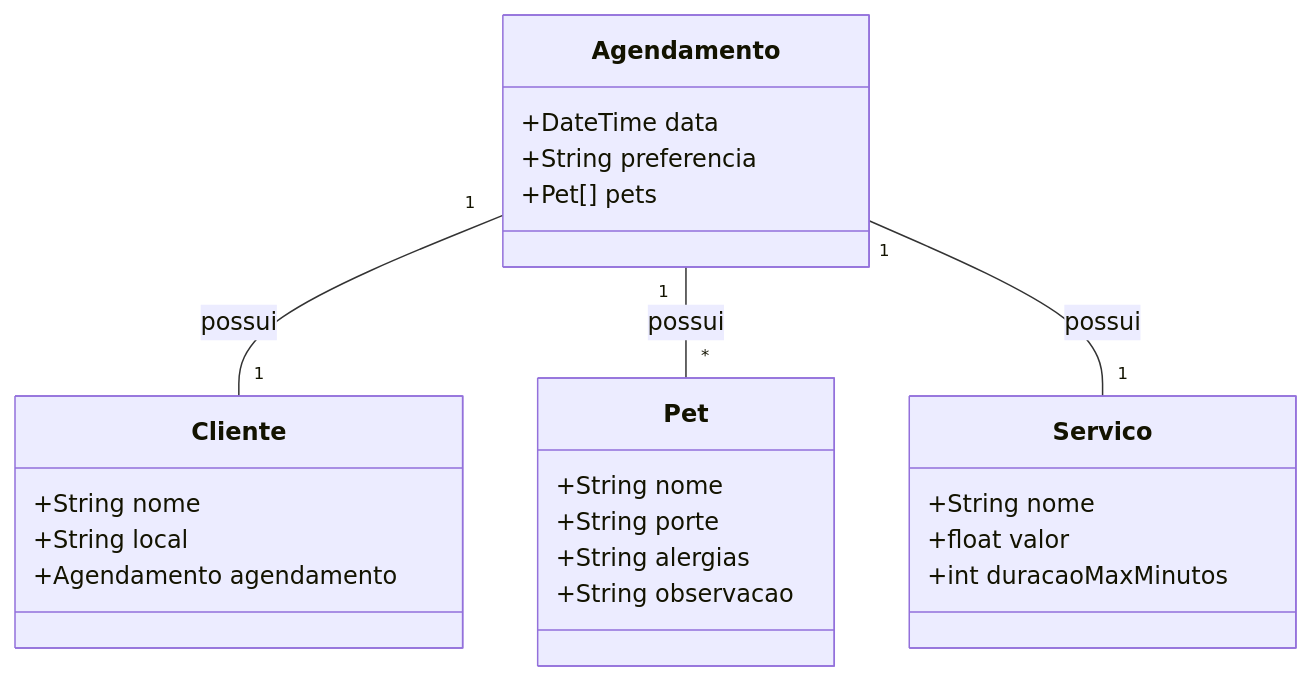
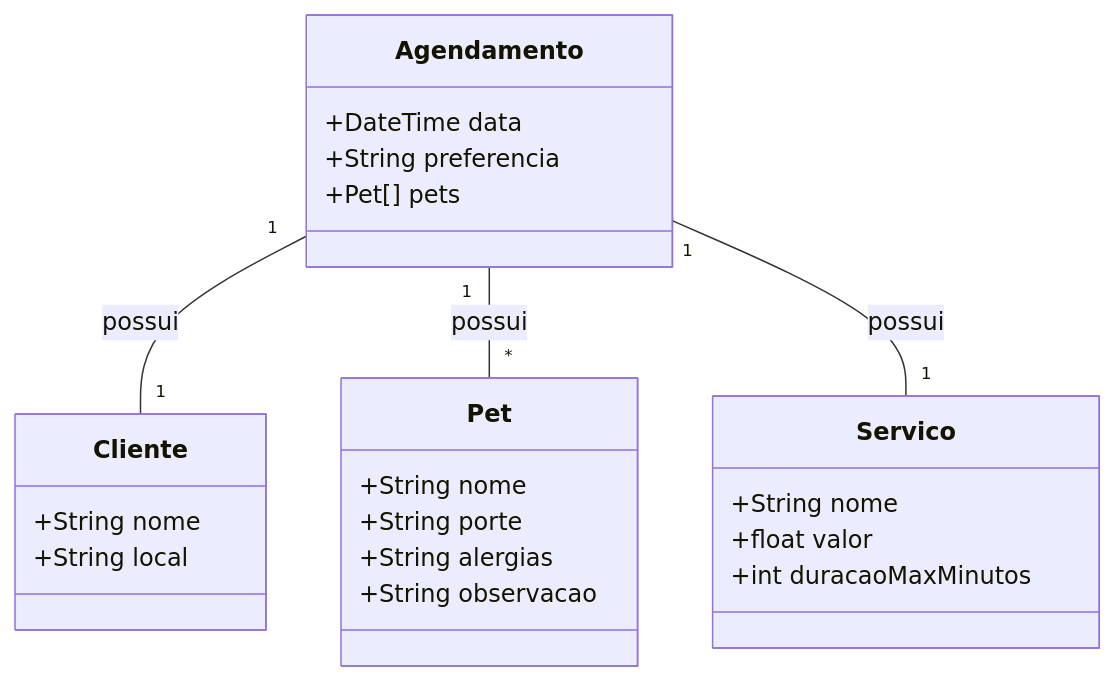
One commit to HugoCapozzoli/petShop changed the diagram in README.md. Above: the diagram before and after it, drawn with Mermaid.

````diff
--- a/README.md
+++ b/README.md
@@ -3,31 +3,30 @@
 ```mermaid
 classDiagram
     class Cliente {
-		    +String nome
+		+String nome
         +String local
-        +Agendamento agendamento
     }
 
     class Agendamento {
         +DateTime data
         +String preferencia
         +Pet[] pets
     }
 
     class Pet {
         +String nome
         +String porte
         +String alergias
         +String observacao
     }
 
     class Servico {
         +String nome
         +float valor
         +int duracaoMaxMinutos
     }
 
     Agendamento "1" -- "1" Cliente : possui
     Agendamento "1" -- "*" Pet : possui
     Agendamento "1" -- "1" Servico : possui
 ```
````
